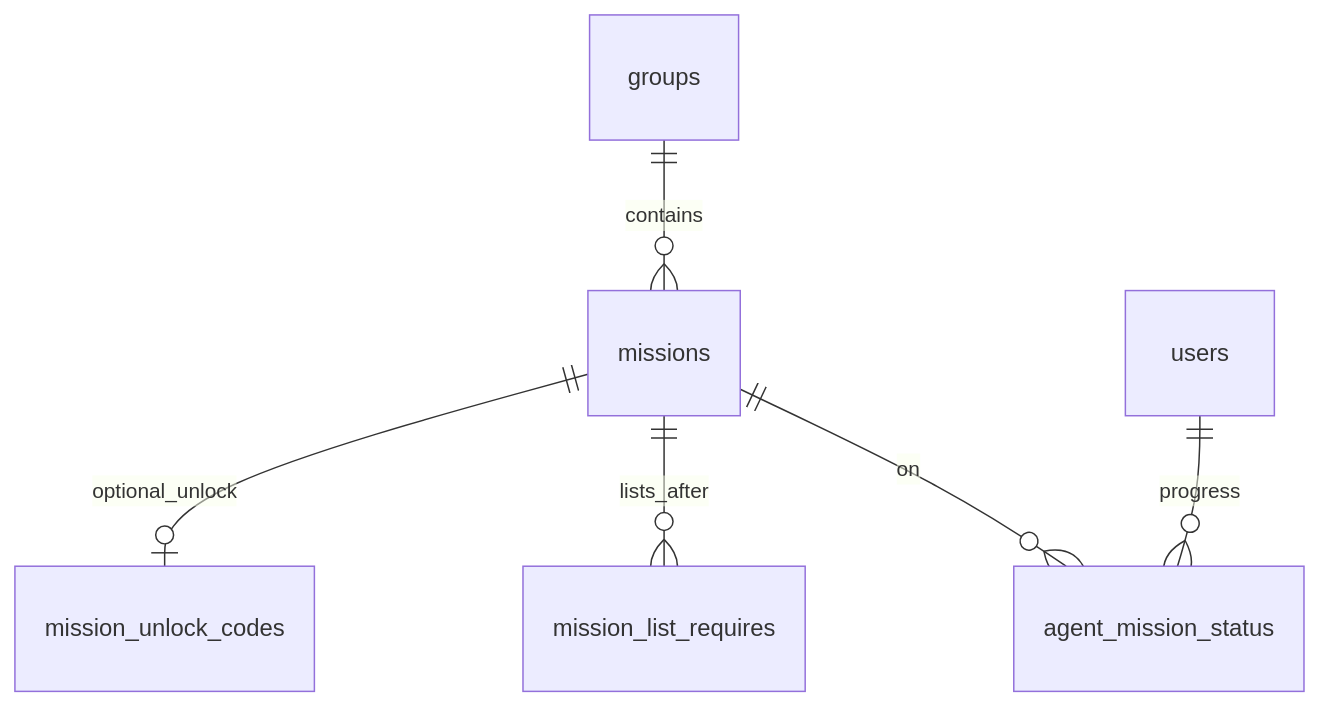
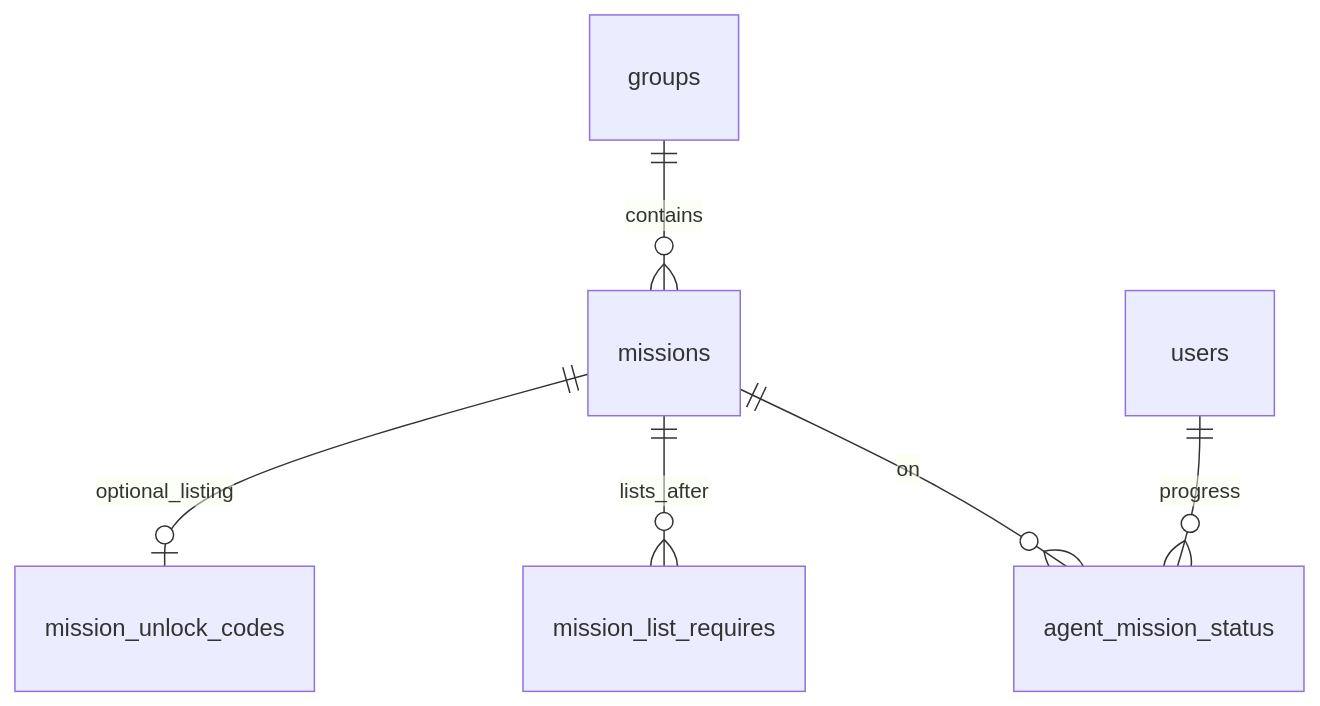
Before and after one commit to bjcoleman/radspion: the diagram in docs/design/02-entities.md, drawn with Mermaid. The commit also changed other lines of this file and 32 other files, not shown here.

First line of the commit message:
Change from "unlock" to "list" when submitted data adds new missions.

````diff
--- a/docs/design/02-entities.md
+++ b/docs/design/02-entities.md
@@ -77,8 +77,8 @@
 ```mermaid
 erDiagram
     groups ||--o{ missions : contains
-    missions ||--o| mission_unlock_codes : optional_unlock
+    missions ||--o| mission_unlock_codes : optional_listing
     missions ||--o{ mission_list_requires : lists_after
     users ||--o{ agent_mission_status : progress
     missions ||--o{ agent_mission_status : on
 ```
````
